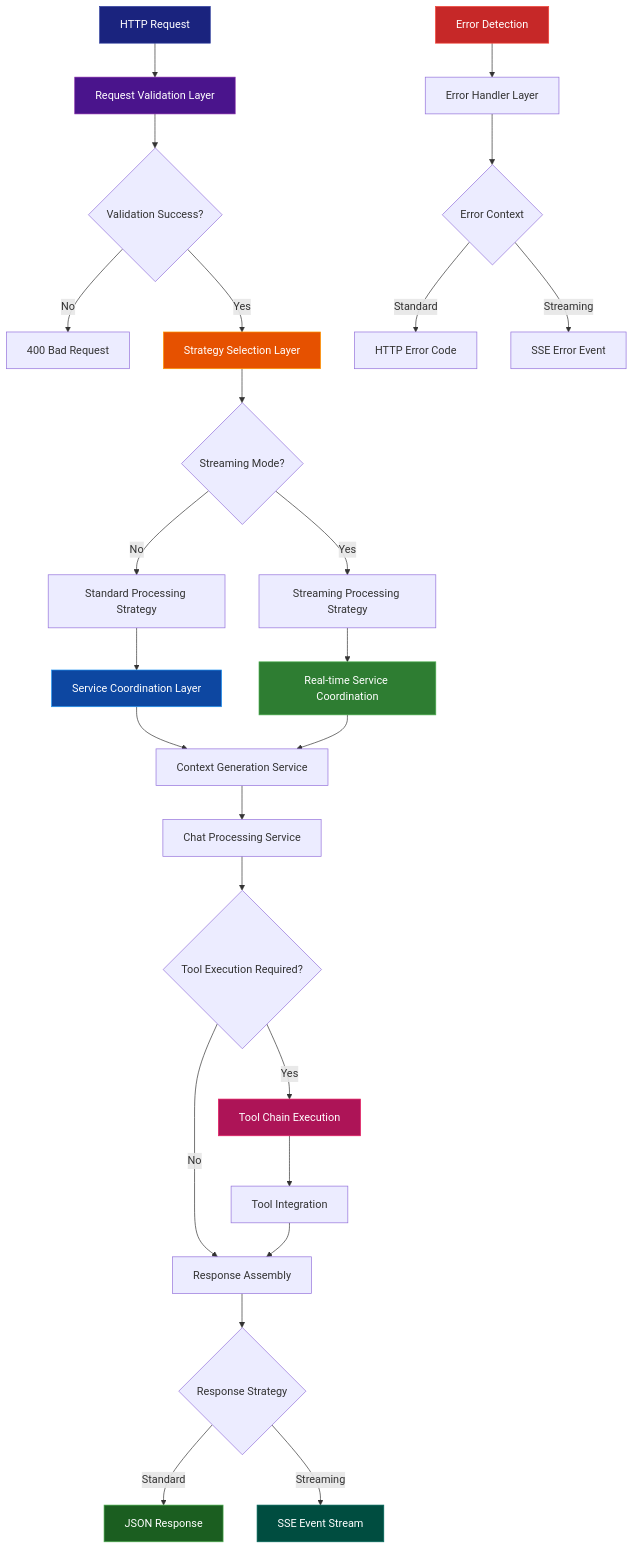
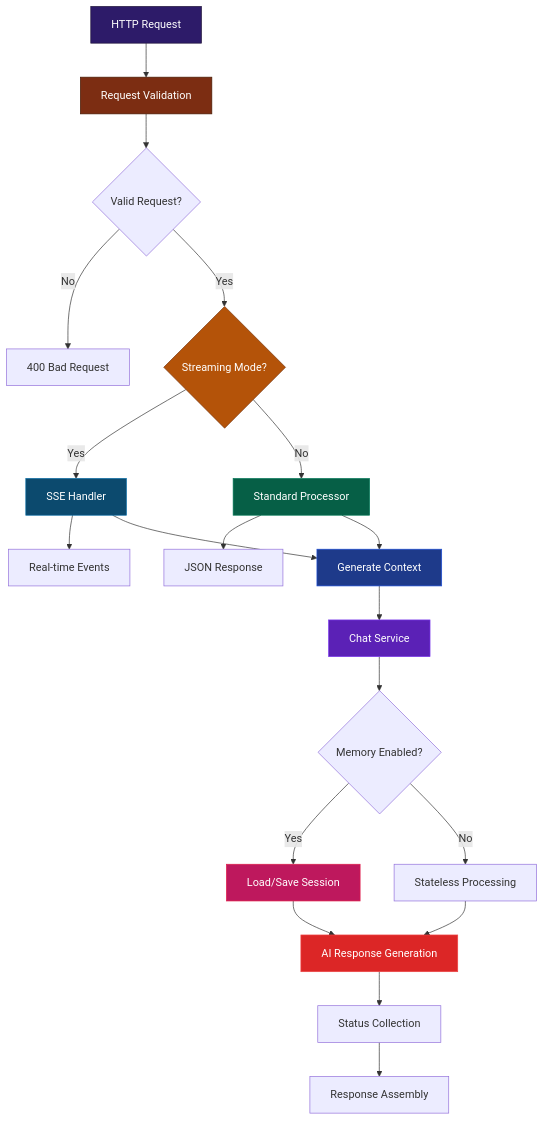
Before and after one commit to rlynjb/adventurecue: the diagram in docs/endpoints/chat.md, drawn with Mermaid. The commit also changed other lines of this file and 10 other files, not shown here.

````diff
--- a/docs/endpoints/chat.md
+++ b/docs/endpoints/chat.md
@@ -61,43 +24,36 @@
 ```mermaid
 graph TD
-    A[HTTP Request] --> B[Request Validation Layer]
-    B --> C{Validation Success?}
+    A[HTTP Request] --> B[Request Validation]
+    B --> C{Valid Request?}
     C -->|No| D[400 Bad Request]
-    C -->|Yes| E[Strategy Selection Layer]
+    C -->|Yes| E{Streaming Mode?}
 
-    E --> F{Streaming Mode?}
-    F -->|No| G[Standard Processing Strategy]
-    F -->|Yes| H[Streaming Processing Strategy]
+    E -->|Yes| F[SSE Handler]
+    E -->|No| G[Standard Processor]
 
-    G --> I[Service Coordination Layer]
-    H --> J[Real-time Service Coordination]
+    F --> H[Real-time Events]
+    G --> I[JSON Response]
 
-    I --> K[Context Generation Service]
-    J --> K
-    K --> L[Chat Processing Service]
-    L --> M{Tool Execution Required?}
+    G --> J[Generate Context]
+    F --> J
+    J --> K[Chat Service]
+    K --> L{Memory Enabled?}
 
-    M -->|Yes| N[Tool Chain Execution]
-    M -->|No| O[Response Assembly]
-    N --> P[Tool Integration]
-    P --> O
+    L -->|Yes| M[Load/Save Session]
+    L -->|No| N[Stateless Processing]
 
-    O --> Q{Response Strategy}
-    Q -->|Standard| R[JSON Response]
-    Q -->|Streaming| S[SSE Event Stream]
+    M --> O[AI Response Generation]
+    N --> O
+    O --> P[Status Collection]
+    P --> Q[Response Assembly]
 
-    T[Error Detection] --> U[Error Handler Layer]
-    U --> V{Error Context}
-    V -->|Standard| W[HTTP Error Code]
-    V -->|Streaming| X[SSE Error Event]
-
-    style A fill:#1a237e,stroke:#303f9f,color:#ffffff
-    style B fill:#4a148c,stroke:#7b1fa2,color:#ffffff
-    style E fill:#e65100,stroke:#ff9800,color:#ffffff
-    style I fill:#0d47a1,stroke:#2196f3,color:#ffffff
-    style J fill:#2e7d32,stroke:#4caf50,color:#ffffff
-    style N fill:#ad1457,stroke:#e91e63,color:#ffffff
-    style T fill:#c62828,stroke:#f44336,color:#ffffff
-    style R fill:#1b5e20,stroke:#4caf50,color:#ffffff
-    style S fill:#004d40,stroke:#00695c,color:#ffffff
+    style A fill:#2d1b69,stroke:#1e1338,color:#ffffff
+    style B fill:#7c2d12,stroke:#451a03,color:#ffffff
+    style E fill:#b45309,stroke:#78350f,color:#ffffff
+    style F fill:#0c4a6e,stroke:#0369a1,color:#ffffff
+    style G fill:#065f46,stroke:#047857,color:#ffffff
+    style J fill:#1e3a8a,stroke:#1d4ed8,color:#ffffff
+    style K fill:#5b21b6,stroke:#7c3aed,color:#ffffff
+    style M fill:#be185d,stroke:#e11d48,color:#ffffff
+    style O fill:#dc2626,stroke:#ef4444,color:#ffffff
 ```
````
